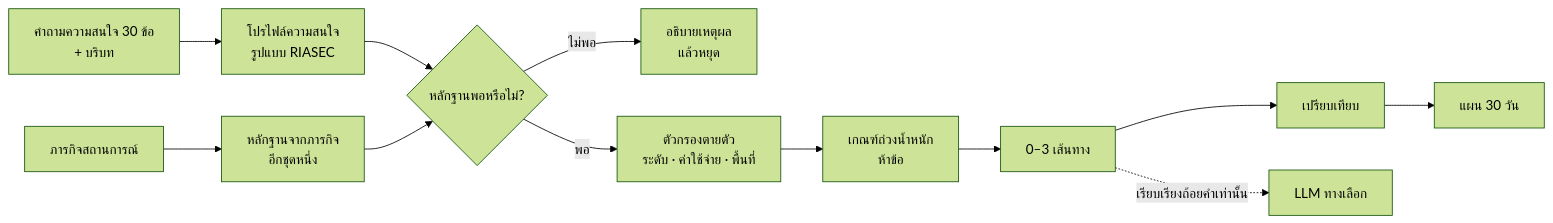
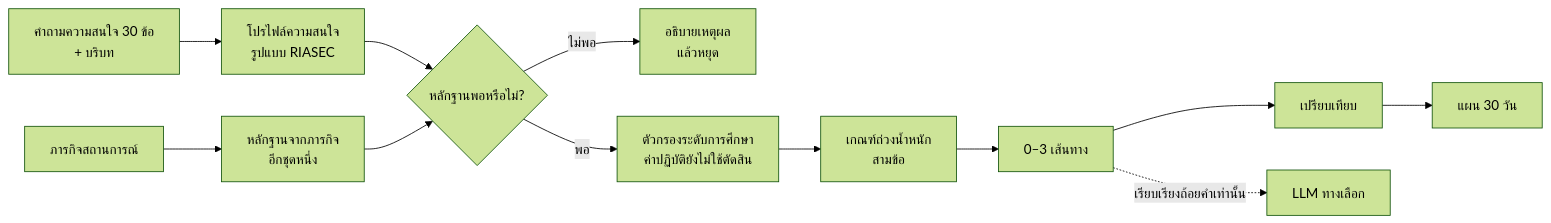
Before and after one commit to Pongkarm/Future_Me: the diagram in 03_WebApp/Pre_Present/READMETH.md, drawn with Mermaid (forest theme). The commit also changed other lines of this file and 21 other files, not shown here.

````diff
--- a/03_WebApp/Pre_Present/READMETH.md
+++ b/03_WebApp/Pre_Present/READMETH.md
@@ -185,14 +185,14 @@
 ```mermaid
 flowchart LR
     A["คำถามความสนใจ 30 ข้อ<br/>+ บริบท"] --> B["โปรไฟล์ความสนใจ<br/>รูปแบบ RIASEC"]
     C["ภารกิจสถานการณ์"] --> D["หลักฐานจากภารกิจ<br/>อีกชุดหนึ่ง"]
     B --> E{"หลักฐานพอหรือไม่?"}
     D --> E
     E -->|"ไม่พอ"| F["อธิบายเหตุผล<br/>แล้วหยุด"]
-    E -->|"พอ"| G["ตัวกรองตายตัว<br/>ระดับ · ค่าใช้จ่าย · พื้นที่"]
-    G --> H["เกณฑ์ถ่วงน้ำหนัก<br/>ห้าข้อ"]
+    E -->|"พอ"| G["ตัวกรองระดับการศึกษา<br/>ค่าปฏิบัติยังไม่ใช้ตัดสิน"]
+    G --> H["เกณฑ์ถ่วงน้ำหนัก<br/>สามข้อ"]
     H --> I["0–3 เส้นทาง"]
     I --> J["เปรียบเทียบ"]
     J --> K["แผน 30 วัน"]
     I -.->|"เรียบเรียงถ้อยคำเท่านั้น"| L["LLM ทางเลือก"]
 ```
````
